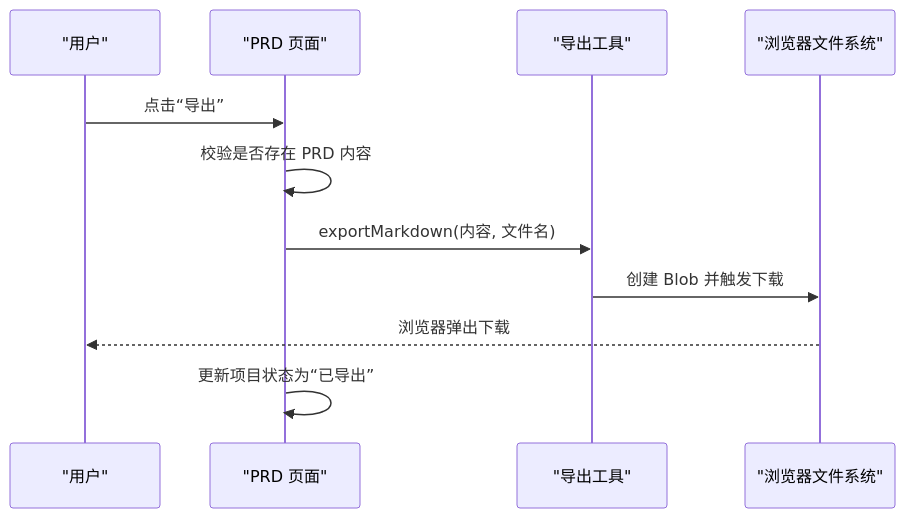
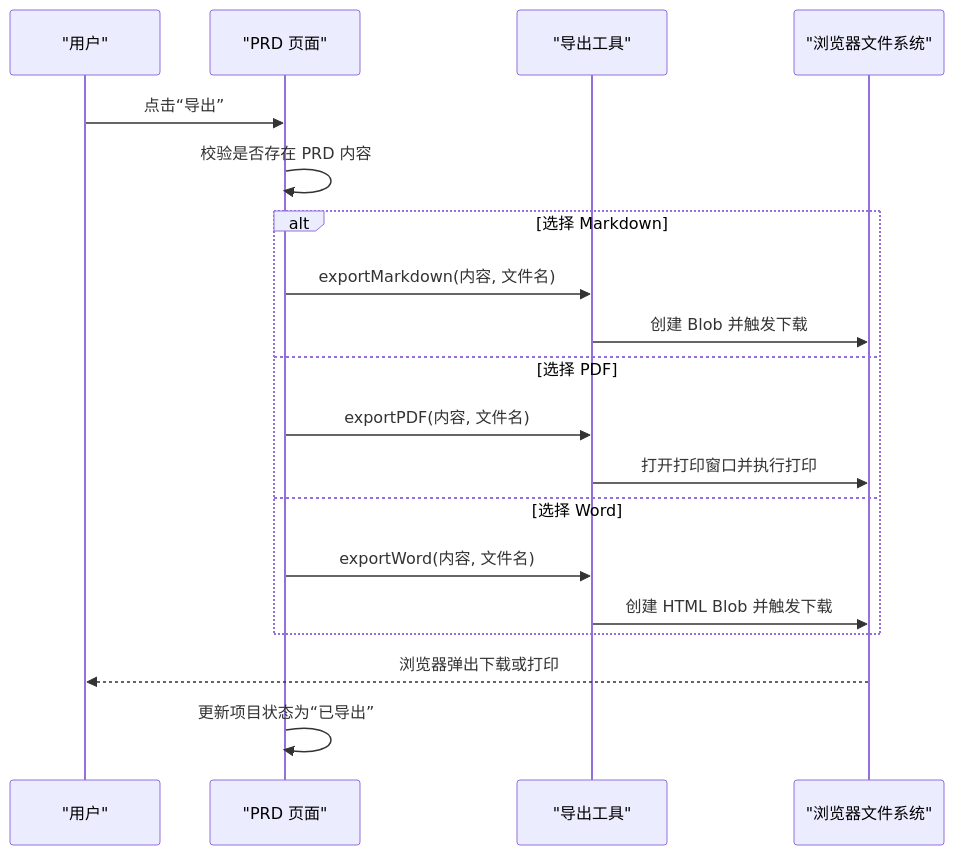
One commit to leonaiuv/PRDbot changed the second of 5 diagrams in .qoder/repowiki/zh/content/导出功能.md. Above: the diagram before and after it, drawn with Mermaid. The commit also changed other lines of this file and 7 other files, not shown here.

First line of the commit message:
feat(export): 扩展支持 PDF 与 Word 格式导出

````diff
--- a/.qoder/repowiki/zh/content/导出功能.md
+++ b/.qoder/repowiki/zh/content/导出功能.md
@@ -93,13 +103,21 @@
 ```mermaid
 sequenceDiagram
 participant U as "用户"
 participant UI as "PRD 页面"
 participant Util as "导出工具"
 participant FS as "浏览器文件系统"
 U->>UI : 点击“导出”
 UI->>UI : 校验是否存在 PRD 内容
+alt 选择 Markdown
 UI->>Util : exportMarkdown(内容, 文件名)
 Util->>FS : 创建 Blob 并触发下载
-FS-->>U : 浏览器弹出下载
+else 选择 PDF
+UI->>Util : exportPDF(内容, 文件名)
+Util->>FS : 打开打印窗口并执行打印
+else 选择 Word
+UI->>Util : exportWord(内容, 文件名)
+Util->>FS : 创建 HTML Blob 并触发下载
+end
+FS-->>U : 浏览器弹出下载或打印
 UI->>UI : 更新项目状态为“已导出”
 ```
````
